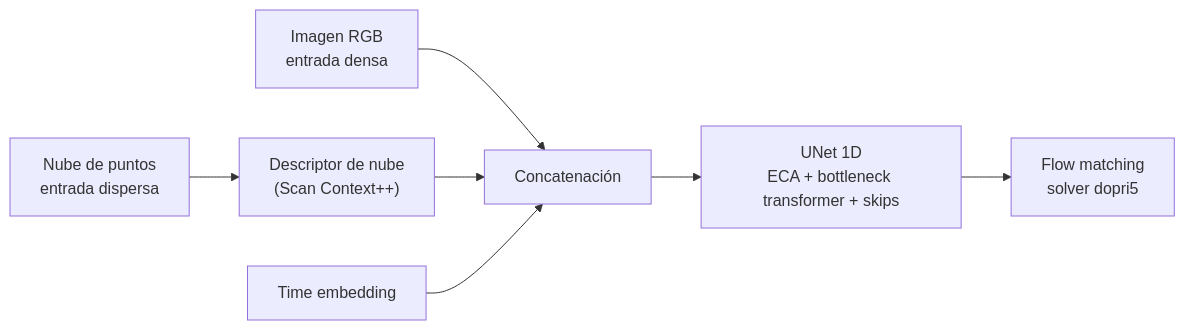
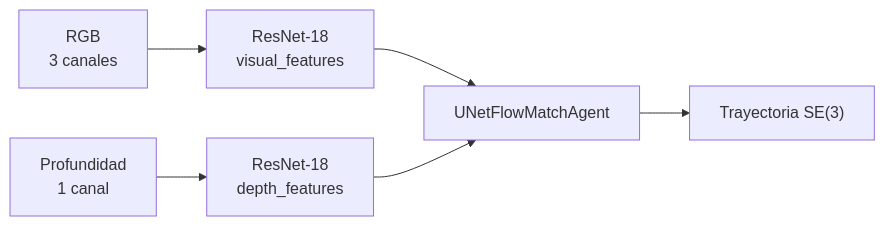
The diagram in docs/05-software/vision.mdx (ricardo-ochoa/anySLAM), drawn with Mermaid before and after one commit. The commit also changed other lines of this file and 18 other files, not shown here.

First line of the commit message:
Añade FLOWMAS-ANYmal y anymal-slam al catálogo

````diff
--- a/docs/05-software/vision.mdx
+++ b/docs/05-software/vision.mdx
@@ -23,9 +31,8 @@
 ```mermaid
 graph LR
-  RGB["Imagen RGB<br/>entrada densa"] --> CAT["Concatenación"]
-  PC["Nube de puntos<br/>entrada dispersa"] --> DESC["Descriptor de nube<br/>(Scan Context++)"]
-  DESC --> CAT
-  TIME["Time embedding"] --> CAT
-  CAT --> UNET["UNet 1D<br/>ECA + bottleneck transformer + skips"]
-  UNET --> FM["Flow matching<br/>solver dopri5"]
+  RGB["RGB<br/>3 canales"] --> ER["ResNet-18<br/>visual_features"]
+  D["Profundidad<br/>1 canal"] --> ED["ResNet-18<br/>depth_features"]
+  ER --> M["UNetFlowMatchAgent"]
+  ED --> M
+  M --> T["Trayectoria SE(3)"]
 ```
````
